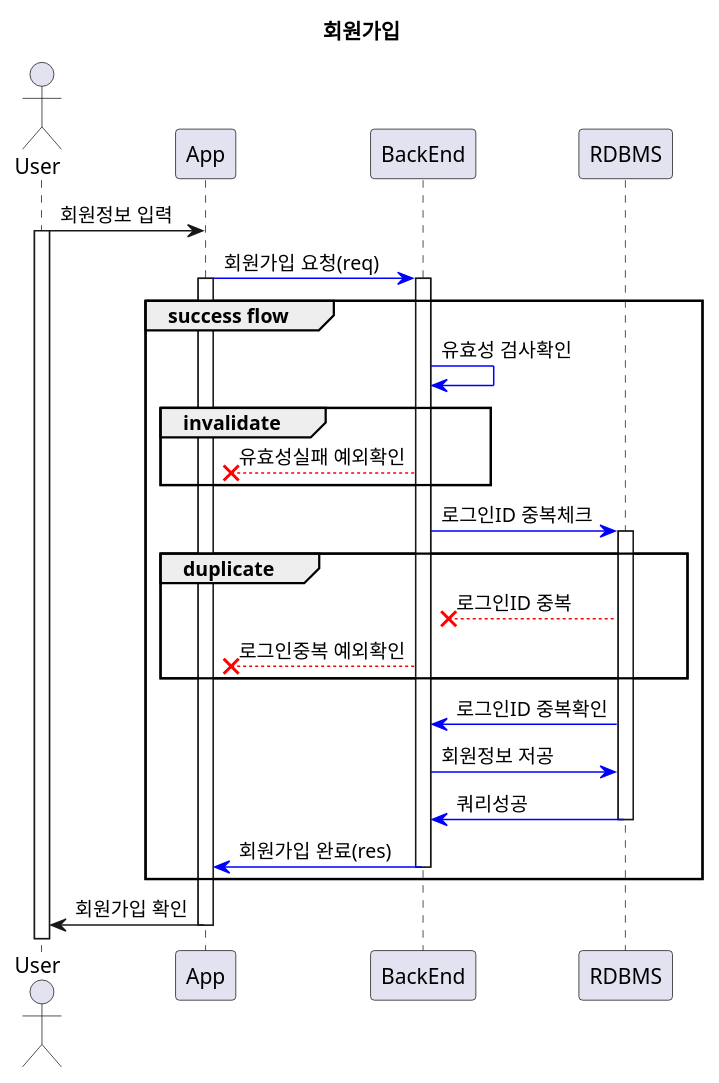
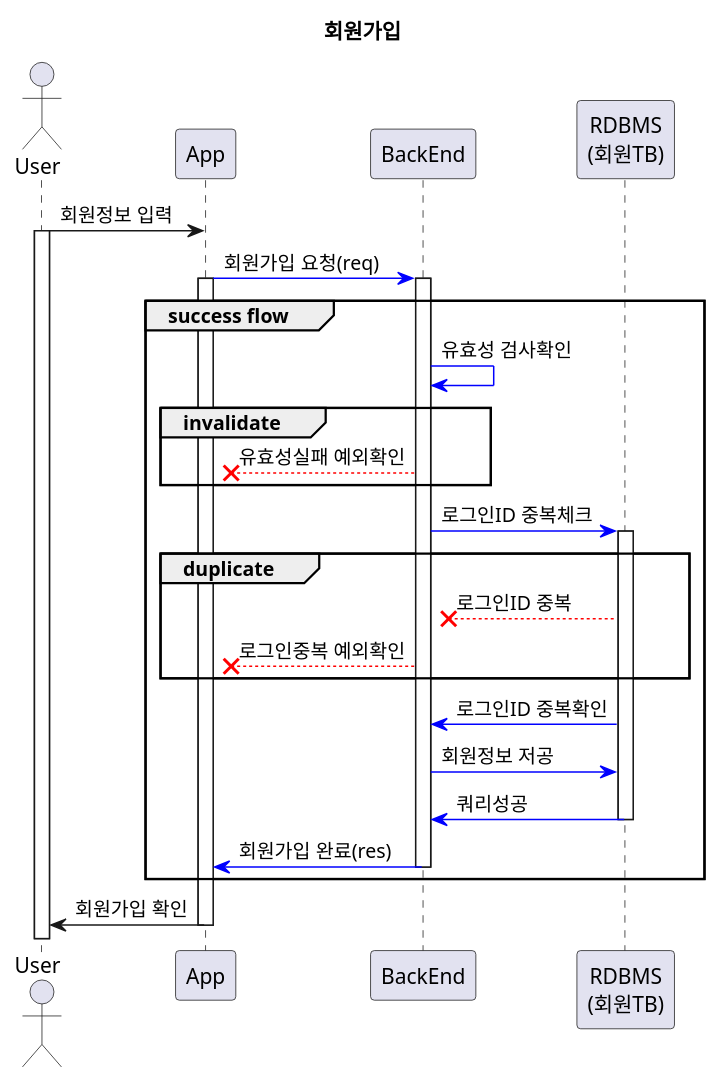
One commit to f-lab-edu/starcoffee changed the diagram in Document/user/signup.puml. Above: the diagram before and after it, drawn with PlantUML. The commit also changed 3 other files, not shown here.

Commit message:
Mentoring comment's - 결제 & 알림 UML

```diff
--- a/Document/user/signup.puml
+++ b/Document/user/signup.puml
@@ -1,37 +1,37 @@
 @startuml
 title 회원가입
 
 actor "User" as user
 participant "App" as app
 participant "BackEnd" as backend
-participant "RDBMS" as db
+participant "RDBMS\n(회원TB)" as db
 
 
 user -> app : 회원정보 입력
 activate user
 
 app -[#blue]> backend : 회원가입 요청(req)
 activate app
 group success flow
     activate backend
     backend -[#blue]> backend : 유효성 검사확인
         group invalidate
             backend --[#red]x app : 유효성실패 예외확인
         end
 
     backend -[#blue]> db : 로그인ID 중복체크
     activate db
         group duplicate
             db --[#red]x backend : 로그인ID 중복
             backend --[#red]x app : 로그인중복 예외확인
         end
     db -[#blue]> backend : 로그인ID 중복확인
     backend -[#blue]> db : 회원정보 저공
     db -[#blue]> backend : 쿼리성공
     deactivate db
     backend -[#blue]> app : 회원가입 완료(res)
     deactivate backend
 end
 app -> user : 회원가입 확인
 deactivate app
 @enduml
```
